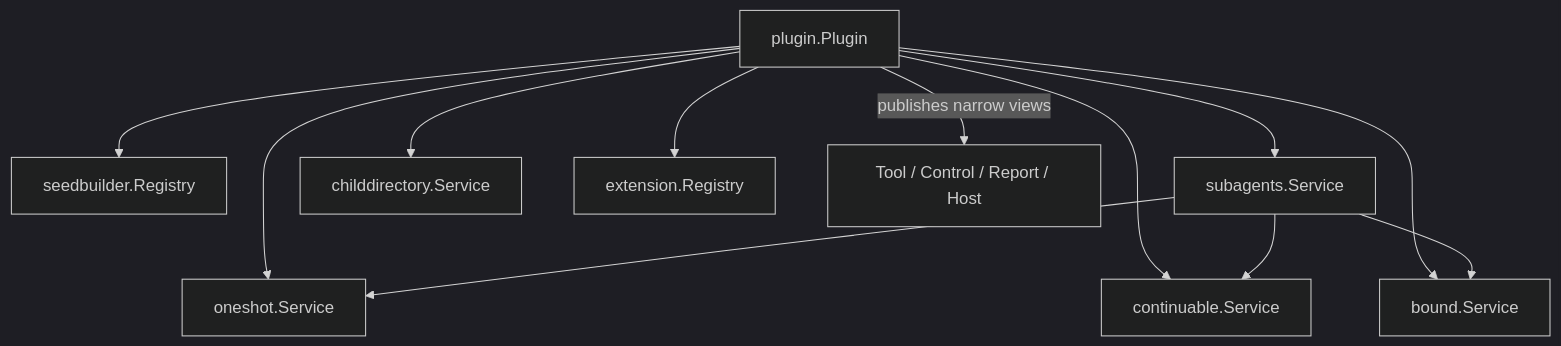
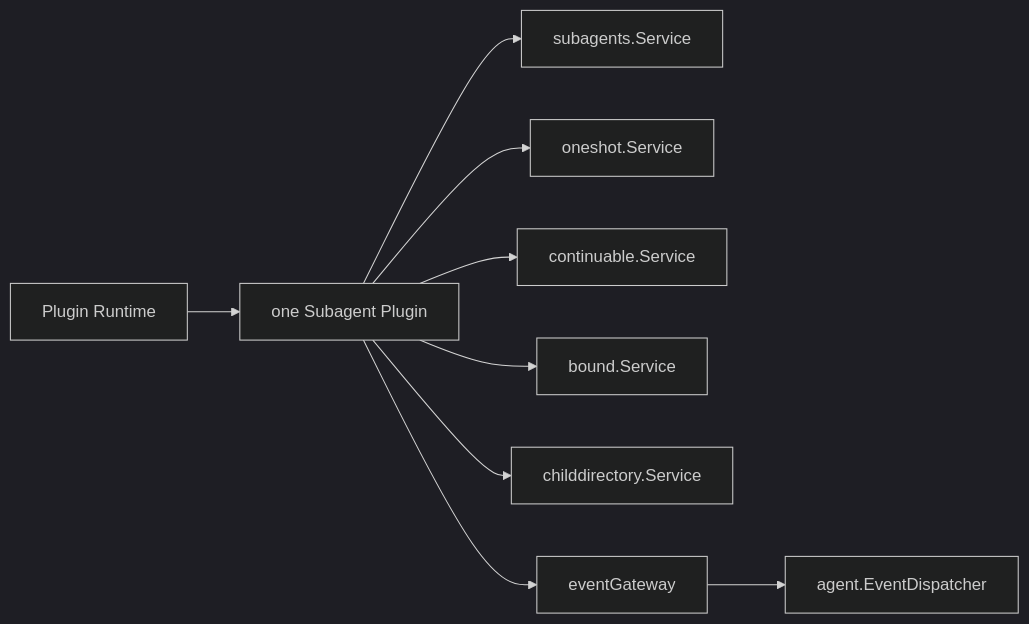
The diagram in subagent/plugin/README.zh-CN.md (gorenx/goren), drawn with Mermaid (dark theme) before and after one commit. The commit also changed other lines of this file and 29 other files, not shown here.

Commit message:
docs(agent): record plugin-neutral lifecycle design

````diff
--- a/subagent/plugin/README.zh-CN.md
+++ b/subagent/plugin/README.zh-CN.md
@@ -5,14 +5,11 @@
 ```mermaid
-flowchart TD
-    Plugin[plugin.Plugin] --> Builders[seedbuilder.Registry]
-    Plugin --> Facade[subagents.Service]
+flowchart LR
+    Runtime[Plugin Runtime] --> Plugin[one Subagent Plugin]
+    Plugin --> Service[subagents.Service]
     Plugin --> OneShot[oneshot.Service]
     Plugin --> Continuable[continuable.Service]
     Plugin --> Bound[bound.Service]
     Plugin --> Directory[childdirectory.Service]
-    Plugin --> Extensions[extension.Registry]
-    Facade --> OneShot
-    Facade --> Continuable
-    Facade --> Bound
-    Plugin -->|publishes narrow views| Consumers[Tool / Control / Report / Host]
+    Plugin --> Gateway[eventGateway]
+    Gateway --> Dispatcher[agent.EventDispatcher]
 ```
````
